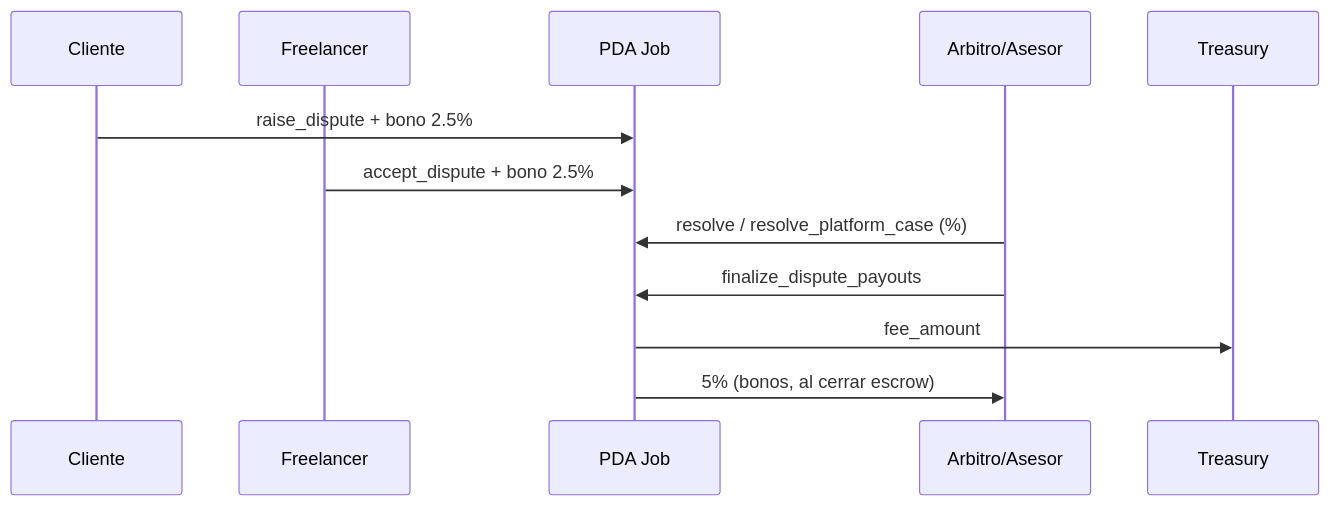
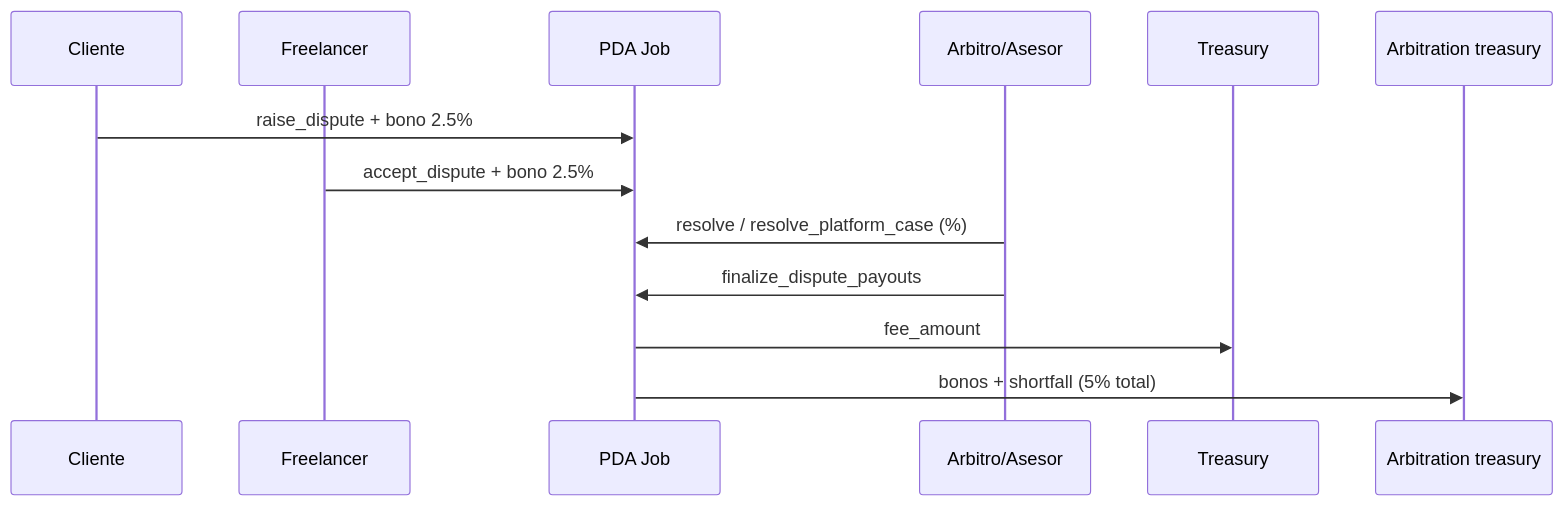
Before and after one commit to davidcoachdev/Trust-Work-Escrow: the diagram in trust-escrow-v3/docs/contract/06-disputes.md, drawn with Mermaid. The commit also changed other lines of this file and 57 other files, not shown here.

````diff
--- a/trust-escrow-v3/docs/contract/06-disputes.md
+++ b/trust-escrow-v3/docs/contract/06-disputes.md
@@ -69,14 +75,15 @@
 ```mermaid
 sequenceDiagram
     participant C as Cliente
     participant F as Freelancer
     participant J as PDA Job
     participant A as Arbitro/Asesor
     participant T as Treasury
+    participant AT as Arbitration treasury
     C->>J: raise_dispute + bono 2.5%
     F->>J: accept_dispute + bono 2.5%
     A->>J: resolve / resolve_platform_case (%)
     A->>J: finalize_dispute_payouts
     J->>T: fee_amount
-    J->>A: 5% (bonos, al cerrar escrow)
+    J->>AT: bonos + shortfall (5% total)
 ```
````
